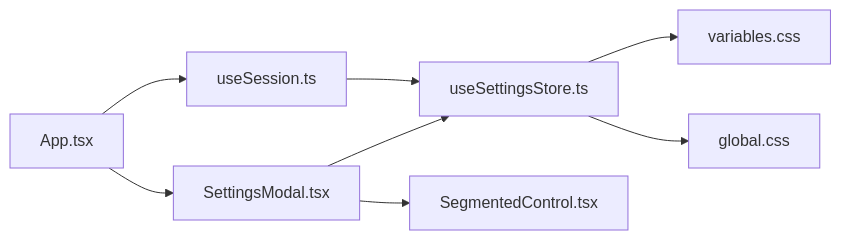
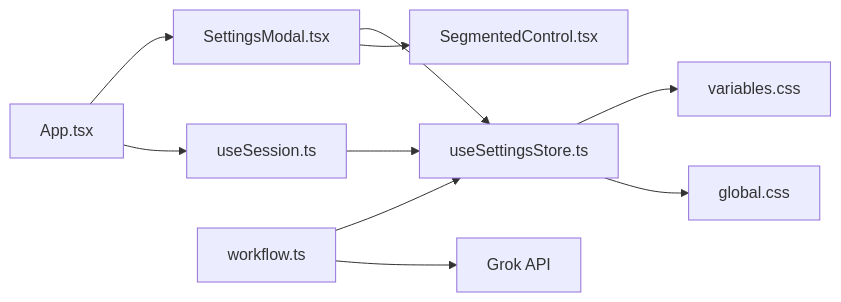
The eighth of 8 diagrams in .qoder/repowiki/zh/content/前端应用/UI 组件库/设置对话框组件.md (billye220670/CorineKit_Pix2Real), drawn with Mermaid before and after one commit. The commit also changed other lines of this file and 54 other files, not shown here.

First line of the commit message:
feat: 模型下拉菜单元数据管理（缩略图+重命名）及session mask恢复优化

````diff
--- a/.qoder/repowiki/zh/content/前端应用/UI 组件库/设置对话框组件.md
+++ b/.qoder/repowiki/zh/content/前端应用/UI 组件库/设置对话框组件.md
@@ -297,10 +360,12 @@
 ```mermaid
 graph LR
 APP["App.tsx"] --> SM["SettingsModal.tsx"]
 SM --> USS["useSettingsStore.ts"]
 SM --> SC["SegmentedControl.tsx"]
 APP --> USession["useSession.ts"]
 USession --> USS
 USS --> VAR["variables.css"]
 USS --> GLOB["global.css"]
+WF["workflow.ts"] --> USS
+WF --> GROK["Grok API"]
 ```
````
